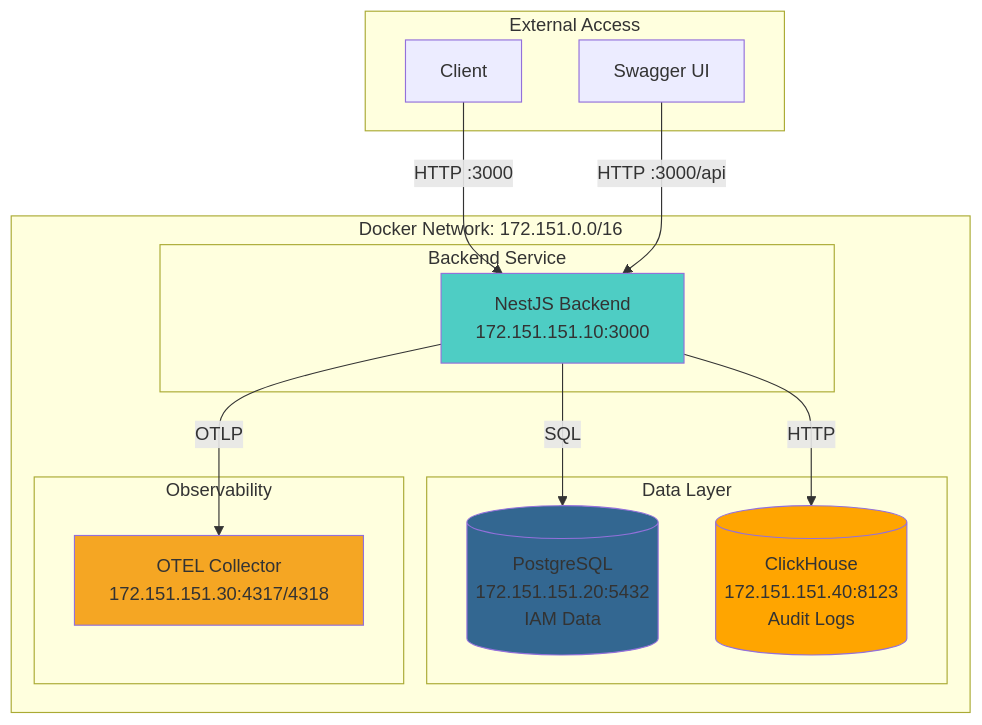
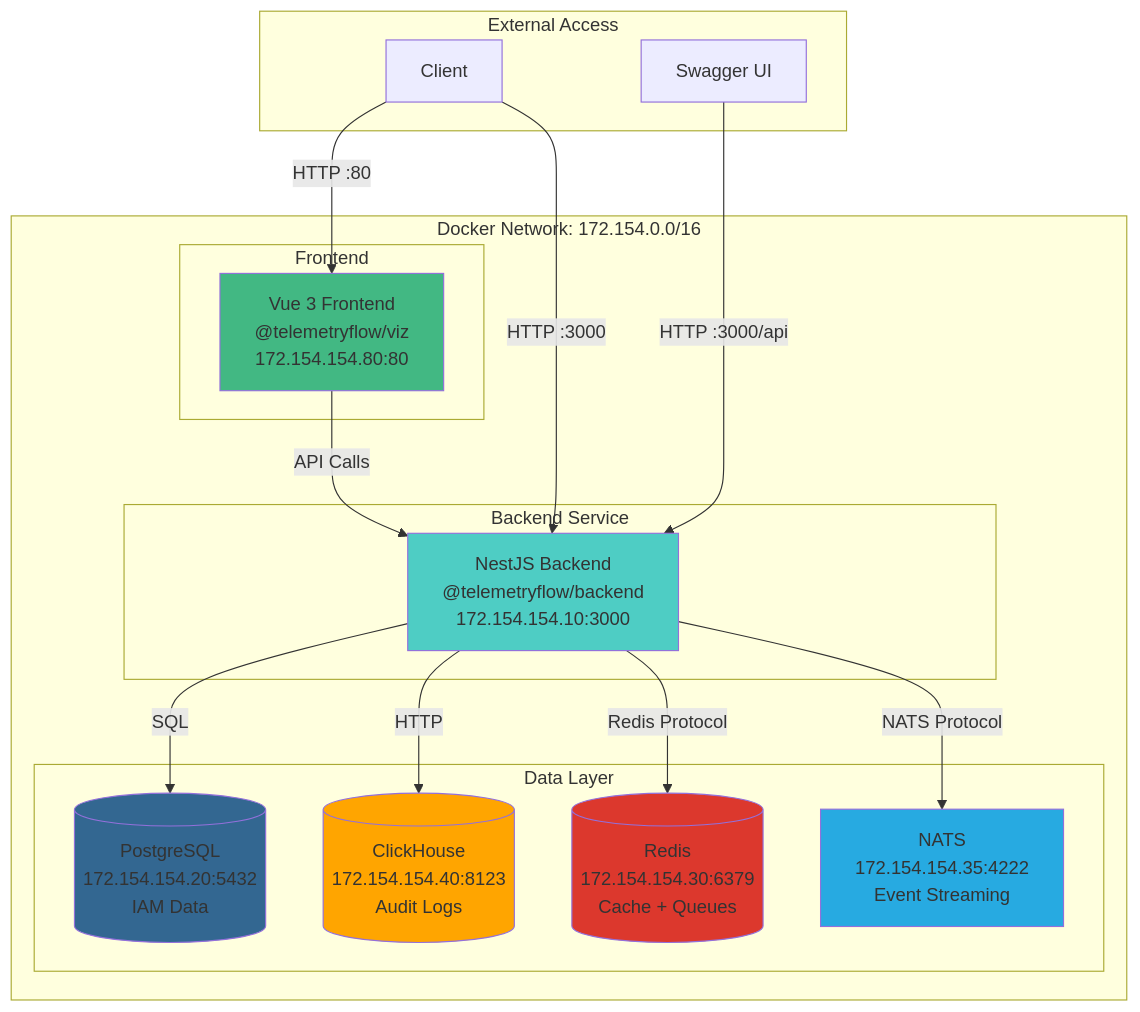
Before and after one commit to telemetryflow/telemetryflow-core: diagram 22 of 30 in docs/CORE_MODULES.md, drawn with Mermaid. The commit also changed other lines of this file and 2428 other files, not shown here.

````diff
--- a/docs/CORE_MODULES.md
+++ b/docs/CORE_MODULES.md
@@ -633,33 +875,40 @@
 ```mermaid
 graph TB
-    subgraph "Docker Network: 172.151.0.0/16"
+    subgraph "Docker Network: 172.154.0.0/16"
+        subgraph "Frontend"
+            FE[Vue 3 Frontend<br/>@telemetryflow/viz<br/>172.154.154.80:80]
+        end
+
         subgraph "Backend Service"
-            BE[NestJS Backend<br/>172.151.151.10:3000]
+            BE[NestJS Backend<br/>@telemetryflow/backend<br/>172.154.154.10:3000]
         end
 
         subgraph "Data Layer"
-            PG[(PostgreSQL<br/>172.151.151.20:5432<br/>IAM Data)]
-            CH[(ClickHouse<br/>172.151.151.40:8123<br/>Audit Logs)]
-        end
-
-        subgraph "Observability"
-            OTEL[OTEL Collector<br/>172.151.151.30:4317/4318]
+            PG[(PostgreSQL<br/>172.154.154.20:5432<br/>IAM Data)]
+            CH[(ClickHouse<br/>172.154.154.40:8123<br/>Audit Logs)]
+            Redis[(Redis<br/>172.154.154.30:6379<br/>Cache + Queues)]
+            NATS[NATS<br/>172.154.154.35:4222<br/>Event Streaming]
         end
     end
 
     subgraph "External Access"
         Client[Client]
         Swagger[Swagger UI]
     end
 
+    Client -->|HTTP :80| FE
     Client -->|HTTP :3000| BE
     Swagger -->|HTTP :3000/api| BE
+    FE -->|API Calls| BE
     BE -->|SQL| PG
     BE -->|HTTP| CH
-    BE -->|OTLP| OTEL
+    BE -->|Redis Protocol| Redis
+    BE -->|NATS Protocol| NATS
 
     style BE fill:#4ecdc4
+    style FE fill:#42b883
     style PG fill:#336791
     style CH fill:#ffa500
-    style OTEL fill:#f5a623
+    style Redis fill:#dc382d
+    style NATS fill:#27aae1
 ```
````
